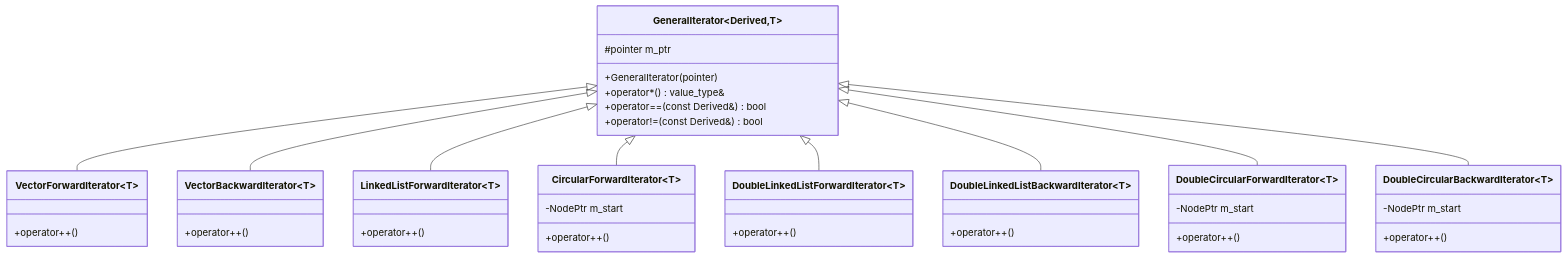
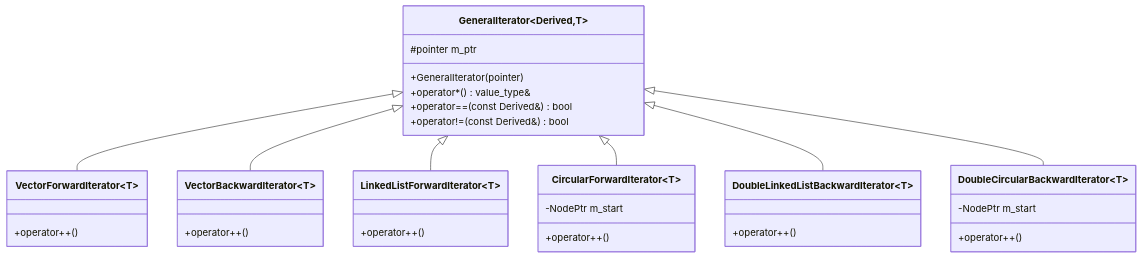
Before and after one commit to PieroVioleta/2026-II-CS-UNI-CC0E5-AEDAv: the second of 5 diagrams in docs/jerarquias-clases.md, drawn with Mermaid. The commit also changed other lines of this file and 4 other files, not shown here.

````diff
--- a/docs/jerarquias-clases.md
+++ b/docs/jerarquias-clases.md
@@ -31,45 +31,36 @@
 ```mermaid
 classDiagram
     class GeneralIterator~Derived,T~ {
         #pointer m_ptr
         +GeneralIterator(pointer)
         +operator*() value_type&
         +operator==(const Derived&) bool
         +operator!=(const Derived&) bool
     }
     class VectorForwardIterator~T~ {
         +operator++()
     }
     class VectorBackwardIterator~T~ {
         +operator++()
     }
     class LinkedListForwardIterator~T~ {
         +operator++()
     }
     class CircularForwardIterator~T~ {
         -NodePtr m_start
         +operator++()
     }
-    class DoubleLinkedListForwardIterator~T~ {
-        +operator++()
-    }
     class DoubleLinkedListBackwardIterator~T~ {
-        +operator++()
-    }
-    class DoubleCircularForwardIterator~T~ {
-        -NodePtr m_start
         +operator++()
     }
     class DoubleCircularBackwardIterator~T~ {
         -NodePtr m_start
         +operator++()
     }
     GeneralIterator~Derived,T~ <|-- VectorForwardIterator~T~
     GeneralIterator~Derived,T~ <|-- VectorBackwardIterator~T~
     GeneralIterator~Derived,T~ <|-- LinkedListForwardIterator~T~
     GeneralIterator~Derived,T~ <|-- CircularForwardIterator~T~
-    GeneralIterator~Derived,T~ <|-- DoubleLinkedListForwardIterator~T~
     GeneralIterator~Derived,T~ <|-- DoubleLinkedListBackwardIterator~T~
-    GeneralIterator~Derived,T~ <|-- DoubleCircularForwardIterator~T~
     GeneralIterator~Derived,T~ <|-- DoubleCircularBackwardIterator~T~
 ```
````
